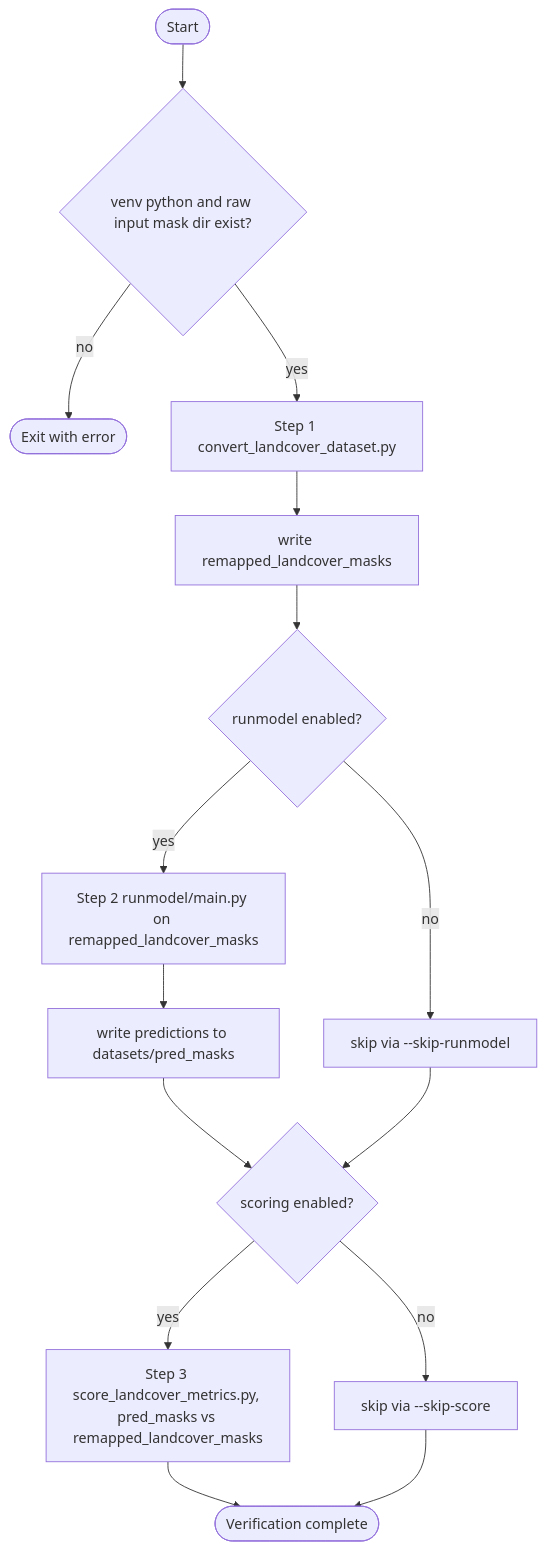
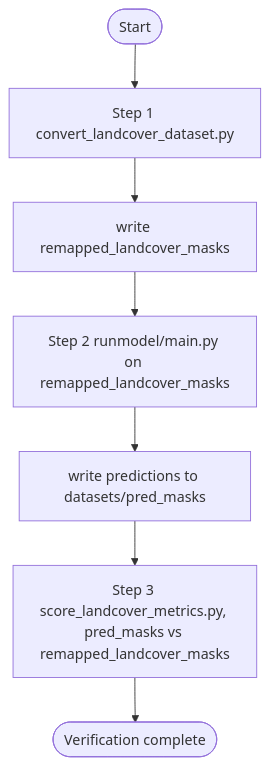
The diagram in landcover_verification/README.md (YawNimo/ndvi-guided-rgb-segmentation), drawn with Mermaid before and after one commit. The commit also changed 1 other file, not shown here.

Commit message:
get rid of extra stuff and update all flowcharts

````diff
--- a/landcover_verification/README.md
+++ b/landcover_verification/README.md
@@ -7,17 +7,9 @@
 ```mermaid
 flowchart TD
-  Start([Start]) --> Preflight{venv python and raw input mask dir exist?}
-  Preflight -->|no| Fail([Exit with error])
-  Preflight -->|yes| GtScript[Step 1 convert_landcover_dataset.py]
+  Start([Start]) --> GtScript[Step 1 convert_landcover_dataset.py]
   GtScript --> GtRemap[write remapped_landcover_masks]
-  GtRemap --> RunGate{runmodel enabled?}
-  RunGate -->|yes| Infer[Step 2 runmodel/main.py on remapped_landcover_masks]
+  GtRemap --> Infer[Step 2 runmodel/main.py on remapped_landcover_masks]
   Infer --> PredOut[write predictions to datasets/pred_masks]
-  RunGate -->|no| SkipRun[skip via --skip-runmodel]
-  PredOut --> ScoreGate{scoring enabled?}
-  SkipRun --> ScoreGate
-  ScoreGate -->|yes| Metrics[Step 3 score_landcover_metrics.py, pred_masks vs remapped_landcover_masks]
-  ScoreGate -->|no| SkipScore[skip via --skip-score]
+  PredOut --> Metrics[Step 3 score_landcover_metrics.py, pred_masks vs remapped_landcover_masks]
   Metrics --> Done([Verification complete])
-  SkipScore --> Done
 ```
````
